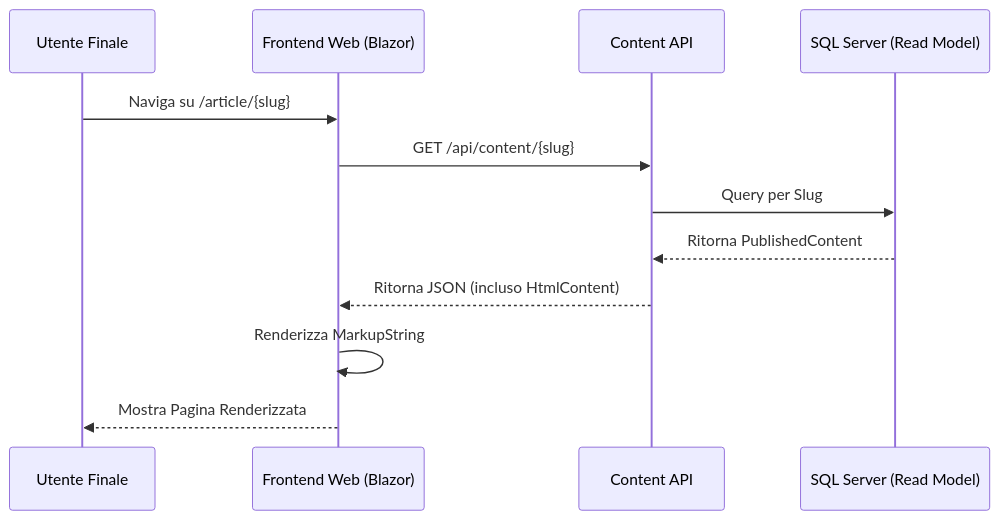
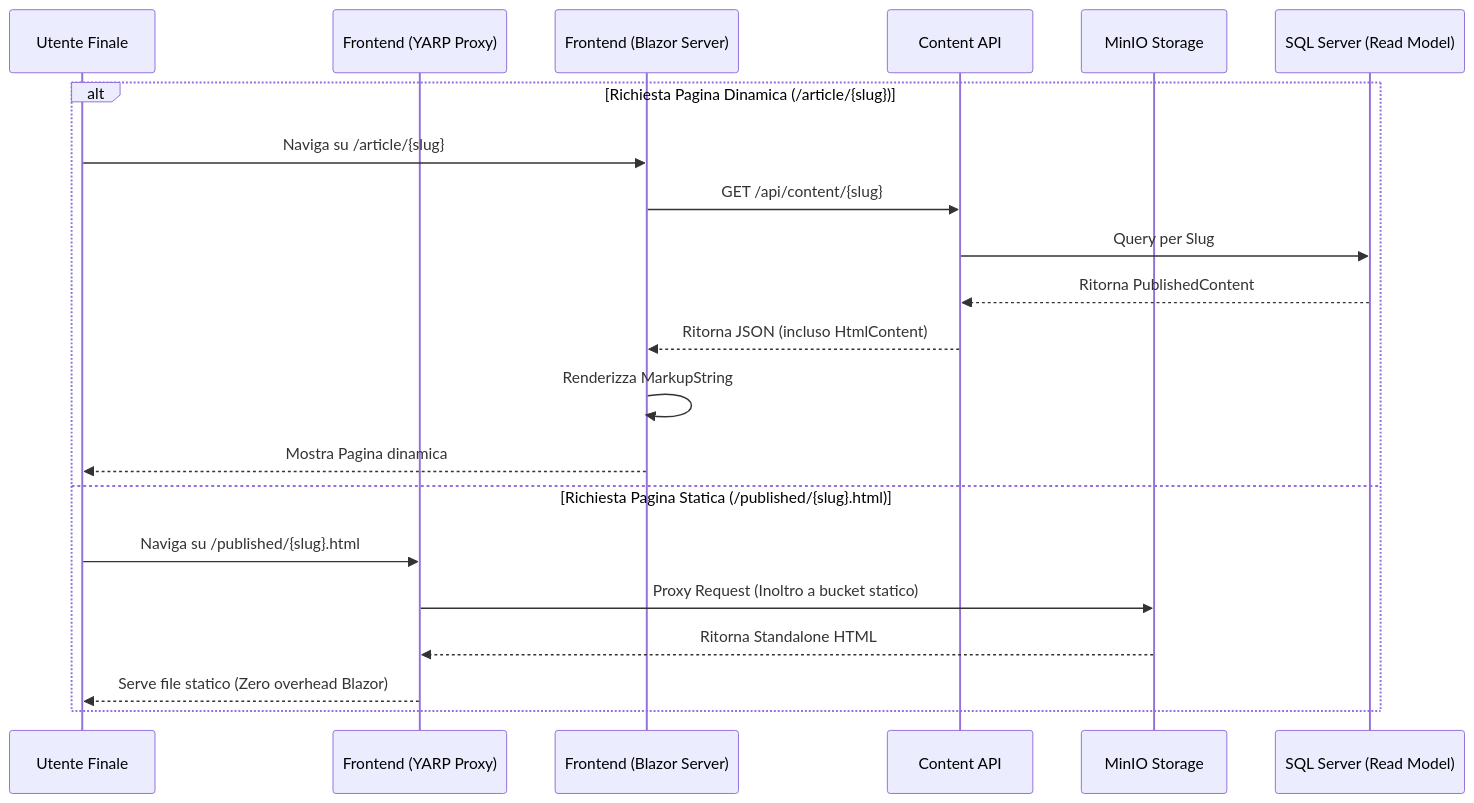
One commit to nostromo117/Pollon changed the second of 2 diagrams in docs/publication-lifecycle.md. Above: the diagram before and after it, drawn with Mermaid. The commit also changed other lines of this file, not shown here.

Commit message:
Fix documentation text and update diagrams for YARP proxy

````diff
--- a/docs/publication-lifecycle.md
+++ b/docs/publication-lifecycle.md
@@ -56,15 +56,24 @@
 ```mermaid
 sequenceDiagram
     participant USER as Utente Finale
-    participant FRONT as Frontend Web (Blazor)
+    participant FRONT_P as Frontend (YARP Proxy)
+    participant FRONT_B as Frontend (Blazor Server)
     participant CAPI as Content API
+    participant MINIO as MinIO Storage
     participant SQL as SQL Server (Read Model)
 
-    USER->>FRONT: Naviga su /article/{slug}
-    FRONT->>CAPI: GET /api/content/{slug}
-    CAPI->>SQL: Query per Slug
-    SQL-->>CAPI: Ritorna PublishedContent
-    CAPI-->>FRONT: Ritorna JSON (incluso HtmlContent)
-    FRONT->>FRONT: Renderizza MarkupString
-    FRONT-->>USER: Mostra Pagina Renderizzata
+    alt Richiesta Pagina Dinamica (/article/{slug})
+        USER->>FRONT_B: Naviga su /article/{slug}
+        FRONT_B->>CAPI: GET /api/content/{slug}
+        CAPI->>SQL: Query per Slug
+        SQL-->>CAPI: Ritorna PublishedContent
+        CAPI-->>FRONT_B: Ritorna JSON (incluso HtmlContent)
+        FRONT_B->>FRONT_B: Renderizza MarkupString
+        FRONT_B-->>USER: Mostra Pagina dinamica
+    else Richiesta Pagina Statica (/published/{slug}.html)
+        USER->>FRONT_P: Naviga su /published/{slug}.html
+        FRONT_P->>MINIO: Proxy Request (Inoltro a bucket statico)
+        MINIO-->>FRONT_P: Ritorna Standalone HTML
+        FRONT_P-->>USER: Serve file statico (Zero overhead Blazor)
+    end
 ```
````
